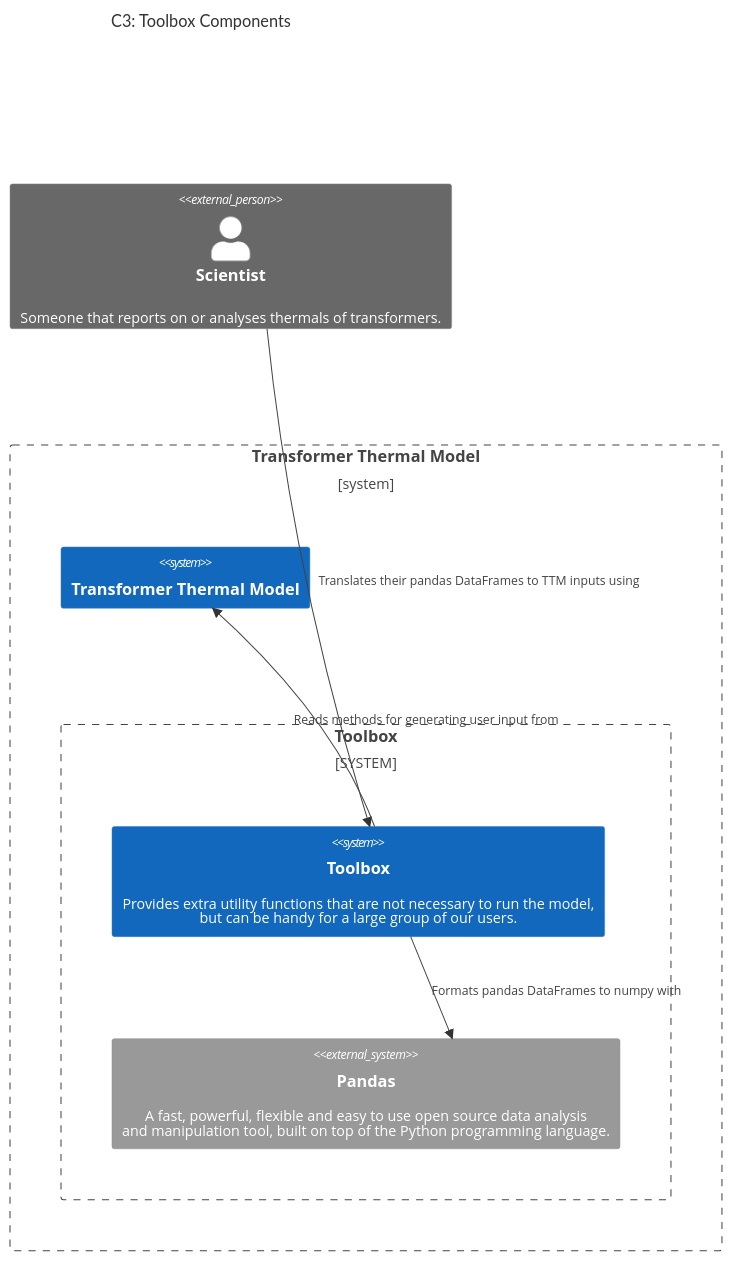
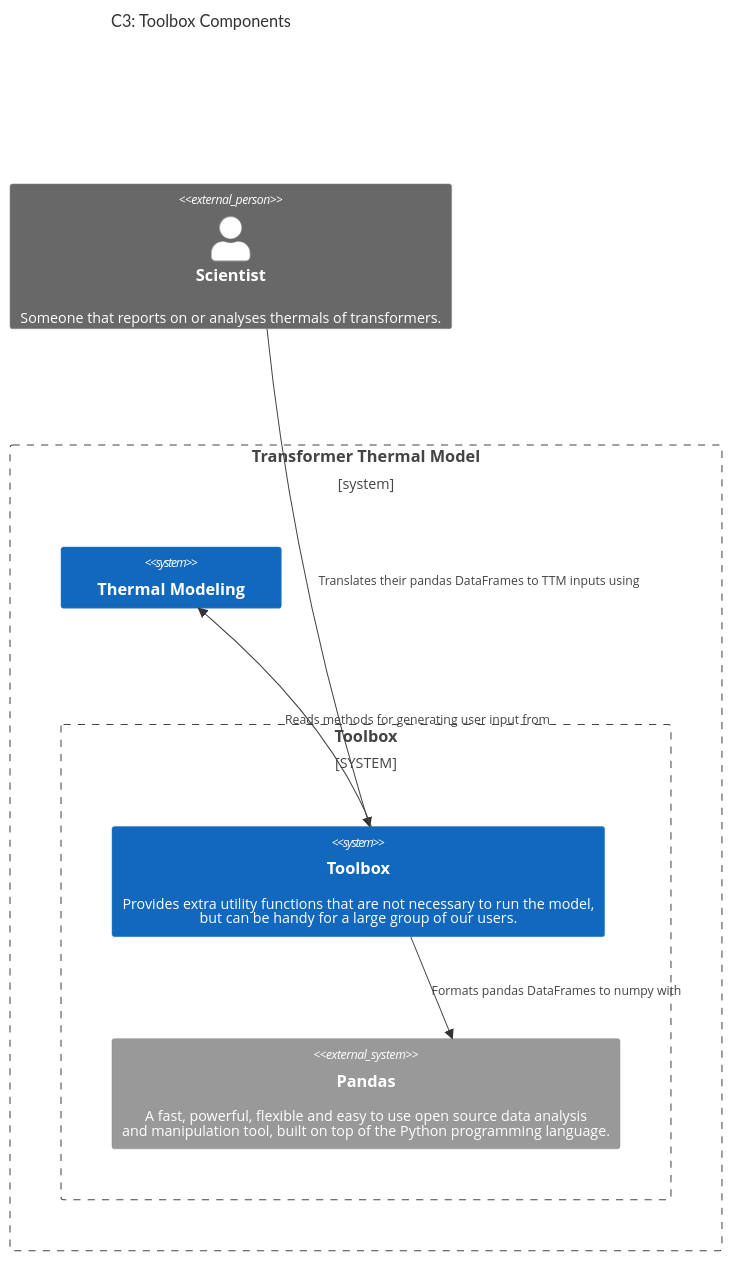
The second of 3 diagrams in docs/api_reference/architecture.md (alliander-opensource/transformer-thermal-model), drawn with Mermaid before and after one commit.

Commit message:
docs: update naming in toolbox to reflect new diagram.

````diff
--- a/docs/api_reference/architecture.md
+++ b/docs/api_reference/architecture.md
@@ -58,20 +58,20 @@
 ```mermaid
 C4Component
     title C3: Toolbox Components
 
     Person_Ext(scientist, "Scientist", "Someone that reports on or analyses thermals of transformers.")
     Boundary(b0, "Transformer Thermal Model"){
 
         System_Boundary(b1, "Toolbox"){
             System(toolbox, "Toolbox", "Provides extra utility functions that are not necessary to run the model,<br/> but can be handy for a large group of our users.")
             System_Ext(pandas, "Pandas", "A fast, powerful, flexible and easy to use open source data analysis<br/> and manipulation tool, built on top of the Python programming language.")
             Rel(toolbox, pandas, "Formats pandas DataFrames to numpy with")
         }
-        System(ttm, "Transformer Thermal Model")
+        System(thermal_model, "Thermal Modeling")
     }
 
     Rel(scientist, toolbox, "Translates their pandas DataFrames to TTM inputs using")
-    Rel(toolbox, ttm, "Reads methods for generating user input from")
+    Rel(toolbox, thermal_model, "Reads methods for generating user input from")
 
     UpdateLayoutConfig($c4BoundaryInRow="2", $c4ShapeInRow="1")
 ```
````
